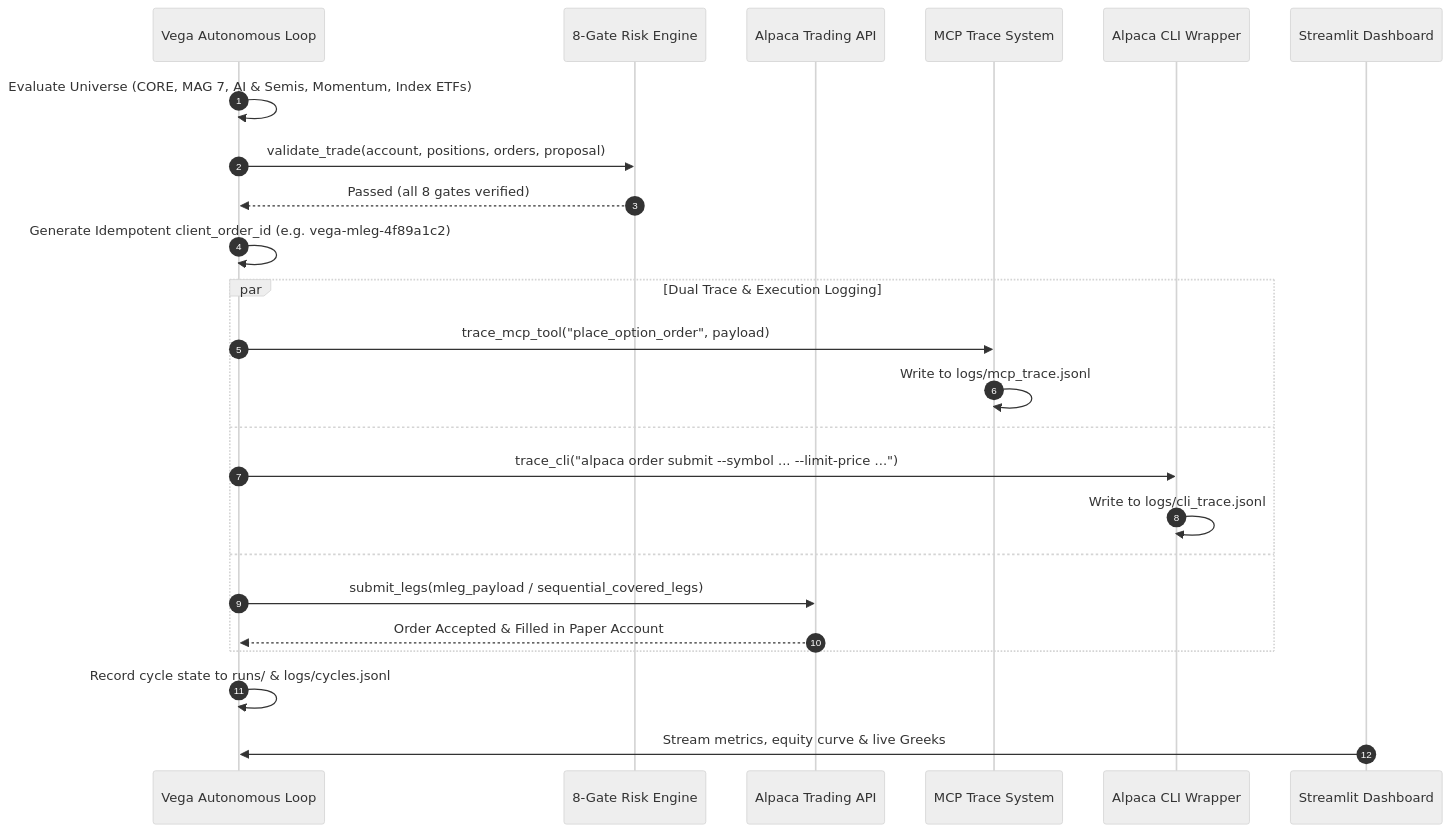
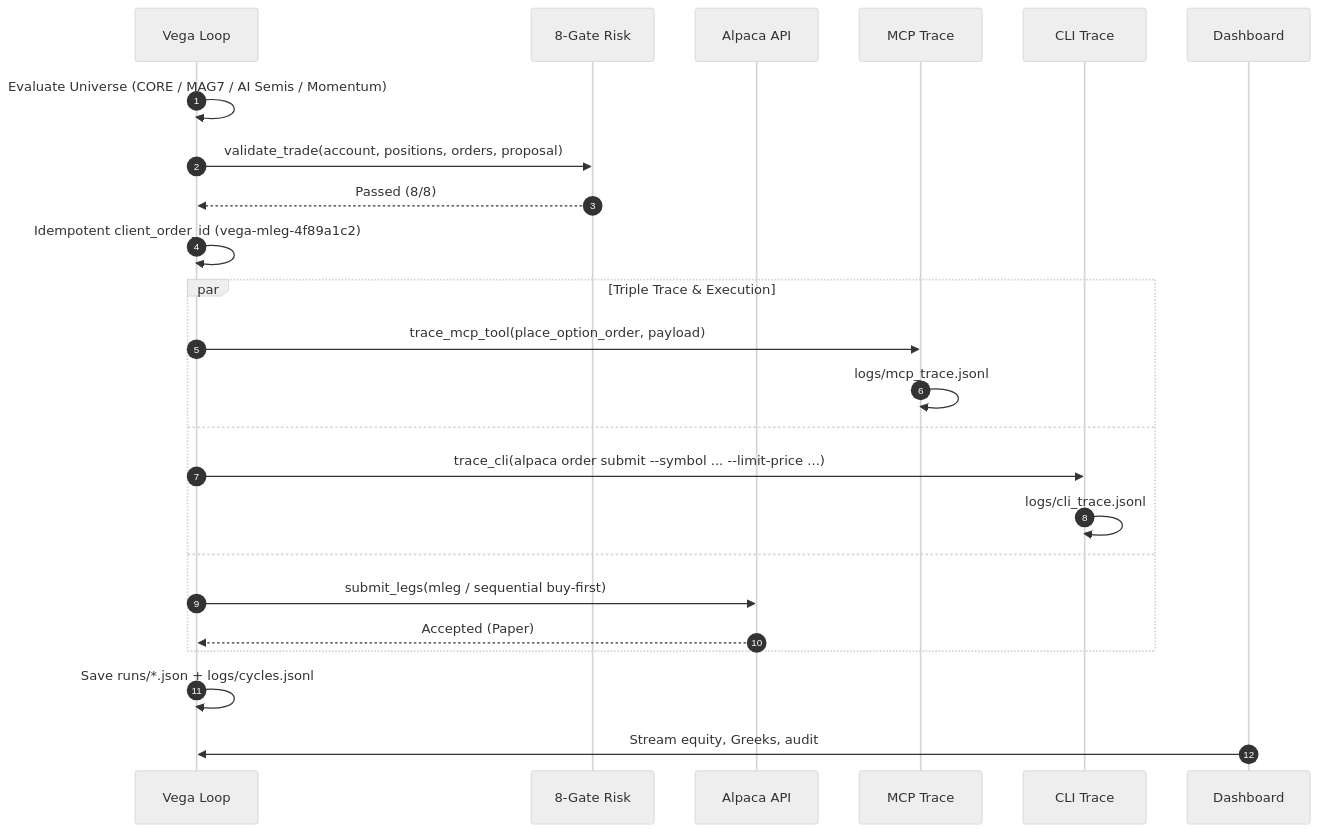
One commit to harshal-sp/alpacaagent changed the third of 5 diagrams in README.md. Above: the diagram before and after it, drawn with Mermaid (neutral theme). The commit also changed other lines of this file, not shown here.

First line of the commit message:
docs: polished README v2 — hero, 60s judge verification, TOC, live demo, improved architecture

````diff
--- a/README.md
+++ b/README.md
@@ -194,29 +257,27 @@
 ```mermaid
 sequenceDiagram
     autonumber
-    participant Agent as Vega Autonomous Loop
-    participant Risk as 8-Gate Risk Engine
-    participant API as Alpaca Trading API
-    participant MCP as MCP Trace System
-    participant CLI as Alpaca CLI Wrapper
-    participant Dash as Streamlit Dashboard
+    participant Agent as Vega Loop
+    participant Risk as 8-Gate Risk
+    participant API as Alpaca API
+    participant MCP as MCP Trace
+    participant CLI as CLI Trace
+    participant Dash as Dashboard
 
-    Agent->>Agent: Evaluate Universe (CORE, MAG 7, AI & Semis, Momentum, Index ETFs)
+    Agent->>Agent: Evaluate Universe (CORE / MAG7 / AI Semis / Momentum)
     Agent->>Risk: validate_trade(account, positions, orders, proposal)
-    Risk-->>Agent: Passed (all 8 gates verified)
-    Agent->>Agent: Generate Idempotent client_order_id (e.g. vega-mleg-4f89a1c2)
-    
-    par Dual Trace & Execution Logging
-        Agent->>MCP: trace_mcp_tool("place_option_order", payload)
-        MCP->>MCP: Write to logs/mcp_trace.jsonl
+    Risk-->>Agent: Passed (8/8)
+    Agent->>Agent: Idempotent client_order_id (vega-mleg-4f89a1c2)
+    par Triple Trace & Execution
+        Agent->>MCP: trace_mcp_tool(place_option_order, payload)
+        MCP->>MCP: logs/mcp_trace.jsonl
     and
-        Agent->>CLI: trace_cli("alpaca order submit --symbol ... --limit-price ...")
-        CLI->>CLI: Write to logs/cli_trace.jsonl
+        Agent->>CLI: trace_cli(alpaca order submit --symbol ... --limit-price ...)
+        CLI->>CLI: logs/cli_trace.jsonl
     and
-        Agent->>API: submit_legs(mleg_payload / sequential_covered_legs)
-        API-->>Agent: Order Accepted & Filled in Paper Account
+        Agent->>API: submit_legs(mleg / sequential buy-first)
+        API-->>Agent: Accepted (Paper)
     end
-    
-    Agent->>Agent: Record cycle state to runs/ & logs/cycles.jsonl
-    Dash->>Agent: Stream metrics, equity curve & live Greeks
+    Agent->>Agent: Save runs/*.json + logs/cycles.jsonl
+    Dash->>Agent: Stream equity, Greeks, audit
 ```
````
